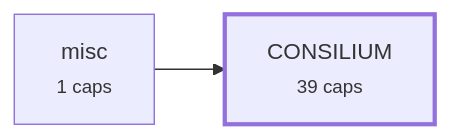
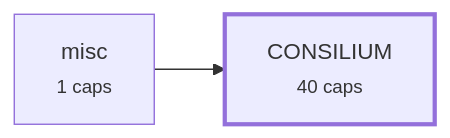
Before and after one commit to alxmax/Consilium_Demo: the third of 4 diagrams in requirements/_map.md, drawn with Mermaid. The commit also changed other lines of this file and 10 other files, not shown here.

````diff
--- a/requirements/_map.md
+++ b/requirements/_map.md
@@ -275,7 +283,7 @@
 ```mermaid
 graph LR
-  a_CONSILIUM["CONSILIUM<br><small>39 caps</small>"]
+  a_CONSILIUM["CONSILIUM<br><small>40 caps</small>"]
   a_misc["misc<br><small>1 caps</small>"]
   a_misc --> a_CONSILIUM
   style a_CONSILIUM stroke-width:3px
 ```
````
